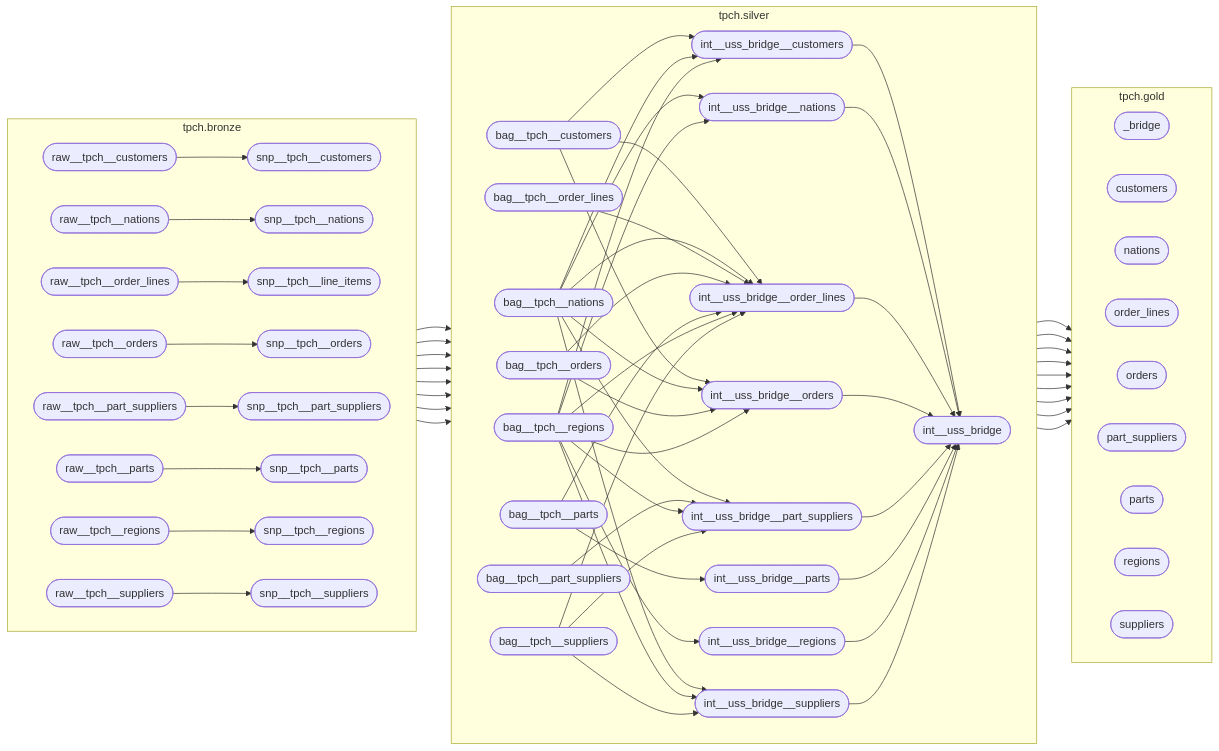
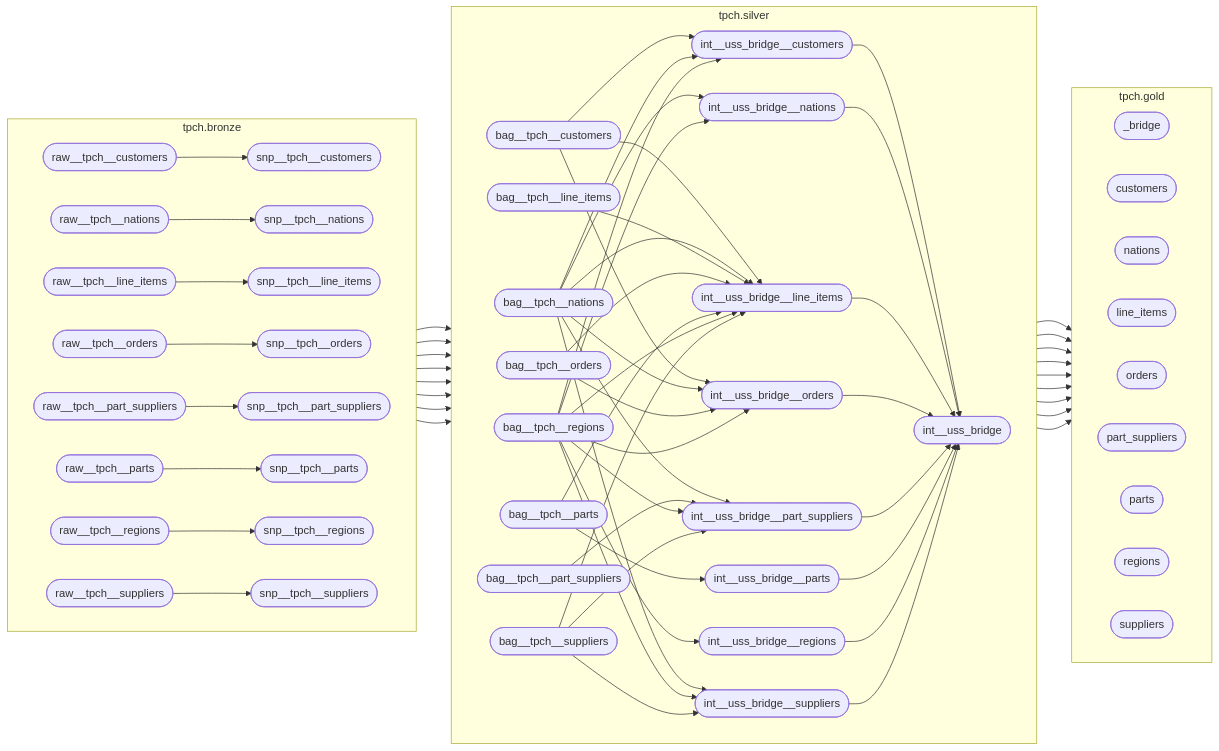
One commit to mattiasthalen/tpch changed the first of 4 diagrams in README.md. Above: the diagram before and after it, drawn with Mermaid. The commit also changed other lines of this file and 25 other files, not shown here.

```diff
--- a/README.md
+++ b/README.md
@@ -7,7 +7,7 @@
         direction LR
         raw__tpch__customers(["raw__tpch__customers"])
         raw__tpch__nations(["raw__tpch__nations"])
-        raw__tpch__order_lines(["raw__tpch__order_lines"])
+        raw__tpch__line_items(["raw__tpch__line_items"])
         raw__tpch__orders(["raw__tpch__orders"])
         raw__tpch__part_suppliers(["raw__tpch__part_suppliers"])
         raw__tpch__parts(["raw__tpch__parts"])
@@ -27,7 +27,7 @@
         direction LR
         bag__tpch__customers(["bag__tpch__customers"])
         bag__tpch__nations(["bag__tpch__nations"])
-        bag__tpch__order_lines(["bag__tpch__order_lines"])
+        bag__tpch__line_items(["bag__tpch__line_items"])
         bag__tpch__orders(["bag__tpch__orders"])
         bag__tpch__part_suppliers(["bag__tpch__part_suppliers"])
         bag__tpch__parts(["bag__tpch__parts"])
@@ -36,7 +36,7 @@
         int__uss_bridge(["int__uss_bridge"])
         int__uss_bridge__customers(["int__uss_bridge__customers"])
         int__uss_bridge__nations(["int__uss_bridge__nations"])
-        int__uss_bridge__order_lines(["int__uss_bridge__order_lines"])
+        int__uss_bridge__line_items(["int__uss_bridge__line_items"])
         int__uss_bridge__orders(["int__uss_bridge__orders"])
         int__uss_bridge__part_suppliers(["int__uss_bridge__part_suppliers"])
         int__uss_bridge__parts(["int__uss_bridge__parts"])
@@ -49,7 +49,7 @@
         _bridge(["_bridge"])
         customers(["customers"])
         nations(["nations"])
-        order_lines(["order_lines"])
+        line_items(["line_items"])
         orders(["orders"])
         part_suppliers(["part_suppliers"])
         parts(["parts"])
@@ -60,7 +60,7 @@
     %% tpch.bronze -> tpch.bronze
     raw__tpch__customers --> snp__tpch__customers
     raw__tpch__nations --> snp__tpch__nations
-    raw__tpch__order_lines --> snp__tpch__line_items
+    raw__tpch__line_items --> snp__tpch__line_items
     raw__tpch__orders --> snp__tpch__orders
     raw__tpch__part_suppliers --> snp__tpch__part_suppliers
     raw__tpch__parts --> snp__tpch__parts
@@ -69,7 +69,7 @@
 
     %% tpch.bronze -> tpch.silver
     snp__tpch__customers --> bag__tpch__customers
-    snp__tpch__line_items --> bag__tpch__order_lines
+    snp__tpch__line_items --> bag__tpch__line_items
     snp__tpch__nations --> bag__tpch__nations
     snp__tpch__orders --> bag__tpch__orders
     snp__tpch__part_suppliers --> bag__tpch__part_suppliers
@@ -79,33 +79,33 @@
 
     %% tpch.silver -> tpch.silver
     bag__tpch__customers --> int__uss_bridge__customers
-    bag__tpch__customers --> int__uss_bridge__order_lines
+    bag__tpch__customers --> int__uss_bridge__line_items
     bag__tpch__customers --> int__uss_bridge__orders
     bag__tpch__nations --> int__uss_bridge__customers
     bag__tpch__nations --> int__uss_bridge__nations
-    bag__tpch__nations --> int__uss_bridge__order_lines
+    bag__tpch__nations --> int__uss_bridge__line_items
     bag__tpch__nations --> int__uss_bridge__orders
     bag__tpch__nations --> int__uss_bridge__part_suppliers
     bag__tpch__nations --> int__uss_bridge__suppliers
-    bag__tpch__order_lines --> int__uss_bridge__order_lines
-    bag__tpch__orders --> int__uss_bridge__order_lines
+    bag__tpch__line_items --> int__uss_bridge__line_items
+    bag__tpch__orders --> int__uss_bridge__line_items
     bag__tpch__orders --> int__uss_bridge__orders
     bag__tpch__part_suppliers --> int__uss_bridge__part_suppliers
-    bag__tpch__parts --> int__uss_bridge__order_lines
+    bag__tpch__parts --> int__uss_bridge__line_items
     bag__tpch__parts --> int__uss_bridge__parts
     bag__tpch__regions --> int__uss_bridge__customers
     bag__tpch__regions --> int__uss_bridge__nations
-    bag__tpch__regions --> int__uss_bridge__order_lines
+    bag__tpch__regions --> int__uss_bridge__line_items
     bag__tpch__regions --> int__uss_bridge__orders
     bag__tpch__regions --> int__uss_bridge__part_suppliers
     bag__tpch__regions --> int__uss_bridge__regions
     bag__tpch__regions --> int__uss_bridge__suppliers
-    bag__tpch__suppliers --> int__uss_bridge__order_lines
+    bag__tpch__suppliers --> int__uss_bridge__line_items
     bag__tpch__suppliers --> int__uss_bridge__part_suppliers
     bag__tpch__suppliers --> int__uss_bridge__suppliers
     int__uss_bridge__customers --> int__uss_bridge
     int__uss_bridge__nations --> int__uss_bridge
-    int__uss_bridge__order_lines --> int__uss_bridge
+    int__uss_bridge__line_items --> int__uss_bridge
     int__uss_bridge__orders --> int__uss_bridge
     int__uss_bridge__part_suppliers --> int__uss_bridge
     int__uss_bridge__parts --> int__uss_bridge
@@ -115,7 +115,7 @@
     %% tpch.silver -> tpch.gold
     bag__tpch__customers --> customers
     bag__tpch__nations --> nations
-    bag__tpch__order_lines --> order_lines
+    bag__tpch__line_items --> line_items
     bag__tpch__orders --> orders
     bag__tpch__part_suppliers --> part_suppliers
     bag__tpch__parts --> parts
```
